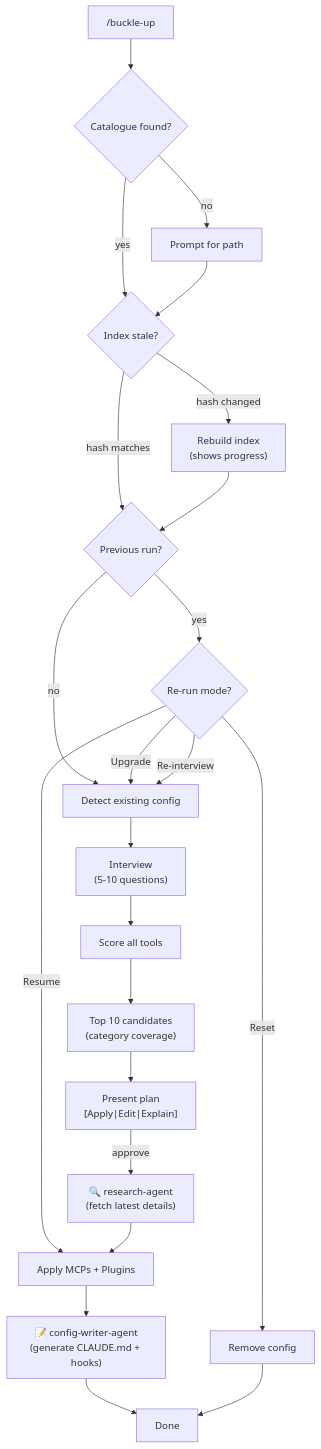
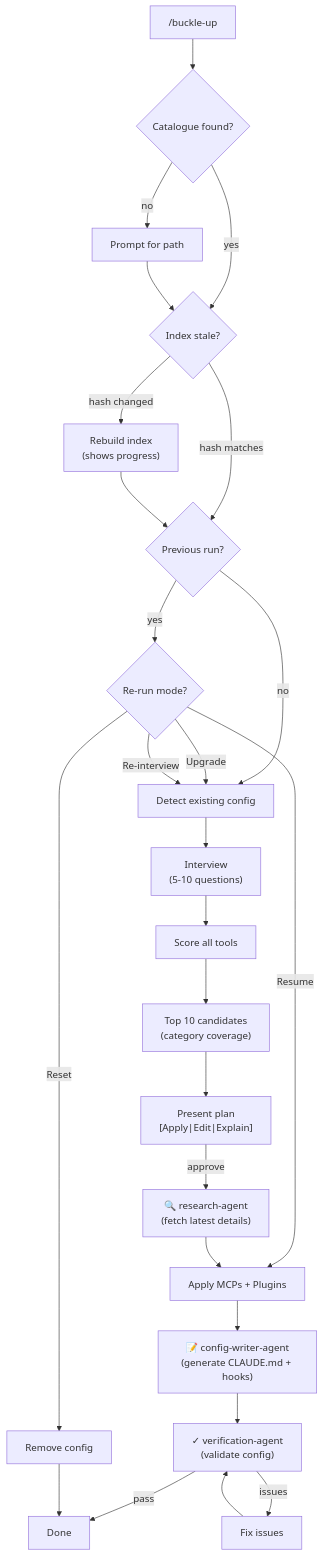
One commit to razpetel/buckle-up changed the diagram in README.md. Above: the diagram before and after it, drawn with Mermaid. The commit also changed other lines of this file and 4 other files, not shown here.

First line of the commit message:
feat: add verification-agent for config validation

````diff
--- a/README.md
+++ b/README.md
@@ -17,25 +17,28 @@
 ```mermaid
 flowchart TD
     A["/buckle-up"] --> B{Catalogue found?}
     B -->|yes| C{Index stale?}
     B -->|no| B1[Prompt for path]
     B1 --> C
     C -->|"hash changed"| D["Rebuild index<br/>(shows progress)"]
     C -->|"hash matches"| E{Previous run?}
     D --> E
     E -->|yes| F{Re-run mode?}
     E -->|no| G[Detect existing config]
     F -->|Resume| L1
     F -->|Upgrade| G
     F -->|Re-interview| G
     F -->|Reset| Z[Remove config]
     G --> H["Interview<br/>(5-10 questions)"]
     H --> I[Score all tools]
     I --> J["Top 10 candidates<br/>(category coverage)"]
     J --> K["Present plan<br/>[Apply|Edit|Explain]"]
     K -->|approve| R["🔍 research-agent<br/>(fetch latest details)"]
     R --> L1["Apply MCPs + Plugins"]
     L1 --> L2["📝 config-writer-agent<br/>(generate CLAUDE.md + hooks)"]
-    L2 --> M[Done]
+    L2 --> V["✓ verification-agent<br/>(validate config)"]
+    V -->|pass| M[Done]
+    V -->|issues| FIX[Fix issues]
+    FIX --> V
     Z --> M
 ```
````
